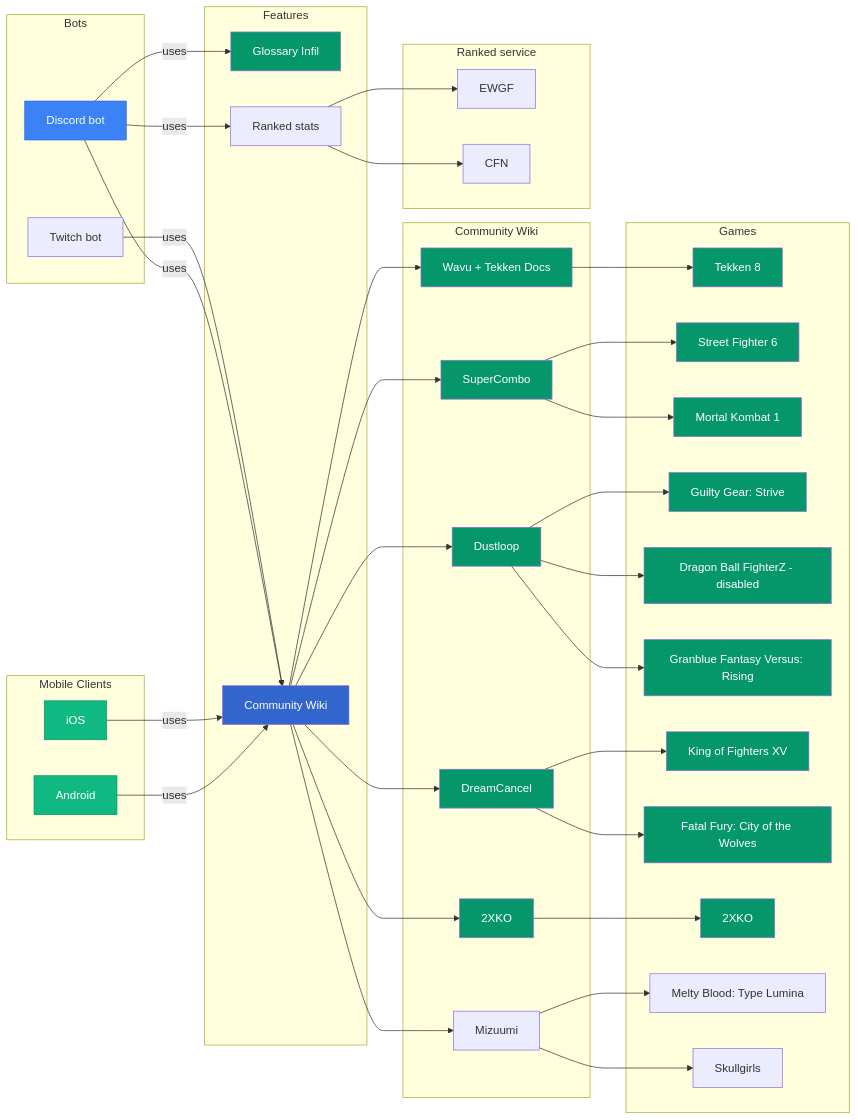
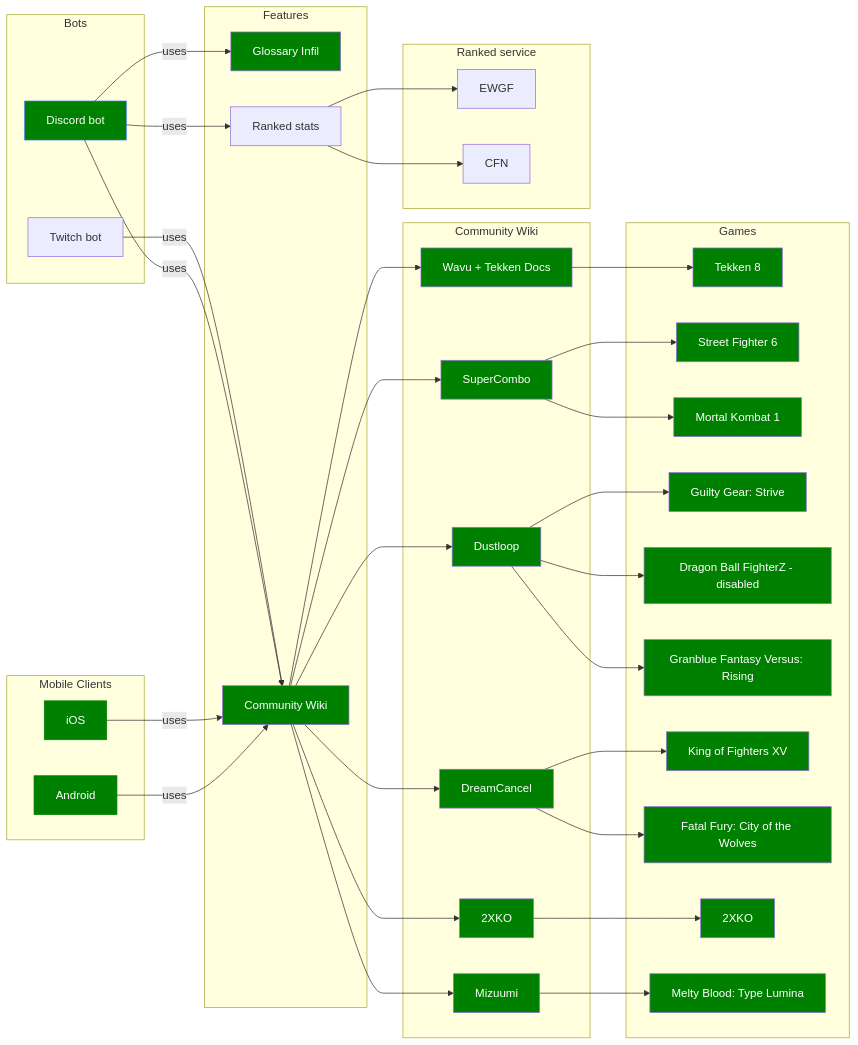
Before and after one commit to Sophon/FightingNerd: the diagram in README.md, drawn with Mermaid. The commit also changed 32 other files, not shown here.

````diff
--- a/README.md
+++ b/README.md
@@ -22,5 +22,8 @@
 ```mermaid
 graph LR
+    classDef green fill:green,color:#000
+    classDef grey fill:lightgrey,color:#000
+
     subgraph Bots
         discordBot[Discord bot]
         twitchBot[Twitch bot]
@@ -57,7 +60,6 @@
         cotw[Fatal Fury: City of the Wolves]
         xko[2XKO]
         melty[Melty Blood: Type Lumina]
-        sg[Skullgirls]
     end
 
     subgraph Ranked service
@@ -93,26 +95,27 @@
     dreamcancel --> kof15
     dreamcancel --> cotw
     mizuumi --> melty
-    mizuumi --> sg
 
 
-    style discordBot fill:#3B82F6,stroke:#2563EB, color:#fff
-    style android fill:#10B981,stroke:#059669, color:#fff
-    style iOS fill:#10B981,stroke:#059669, color:#fff
-    style glossaryInfil fill:#059669, color:#fff
-    style communityWiki fill:#3366CC, color:#fff
-    style wikiWavu fill:#059669, color:#fff
-    style supercombo fill:#059669, color:#fff
-    style dreamcancel fill:#059669, color:#fff
-    style dustloop fill:#059669, color:#fff
-    style 2xko fill:#059669, color:#fff
-    style t8 fill:#059669, color:#fff
-    style sf6 fill:#059669, color:#fff
-    style xko fill:#059669, color:#fff
-    style kof15 fill:#059669, color:#fff
-    style cotw fill:#059669, color:#fff
-    style ggst fill:#059669, color:#fff
-    style mk1 fill:#059669, color:#fff
-    style dbfz fill:#059669, color:#fff
-    style gbvsr fill:#059669, color:#fff
+    style discordBot fill:green,stroke:#2563EB, color:#fff
+    style android fill:green,stroke:green, color:#fff
+    style iOS fill:green,stroke:green, color:#fff
+    style glossaryInfil fill:green, color:#fff
+    style communityWiki fill:green, color:#fff
+    style wikiWavu fill:green, color:#fff
+    style supercombo fill:green, color:#fff
+    style dreamcancel fill:green, color:#fff
+    style dustloop fill:green, color:#fff
+    style mizuumi fill:green, color:#fff
+    style 2xko fill:green, color:#fff
+    style t8 fill:green, color:#fff
+    style sf6 fill:green, color:#fff
+    style xko fill:green, color:#fff
+    style kof15 fill:green, color:#fff
+    style cotw fill:green, color:#fff
+    style ggst fill:green, color:#fff
+    style mk1 fill:green, color:#fff
+    style dbfz fill:green, color:#fff
+    style gbvsr fill:green, color:#fff
+    style melty fill:green, color:#fff
   ```
````
